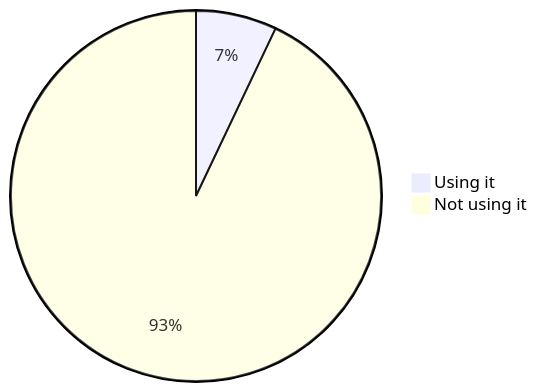
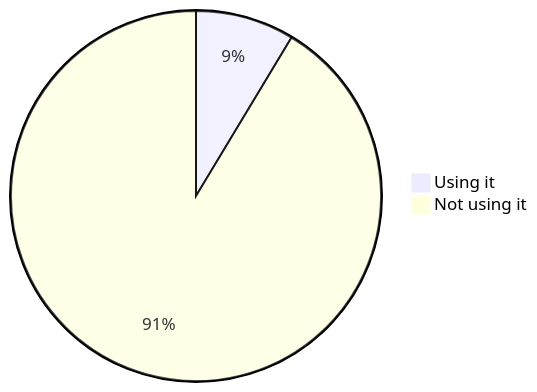
One commit to oshp/oshp-stats changed diagram 13 of 18 in stats.md. Above: the diagram before and after it, drawn with Mermaid. The commit also changed other lines of this file and 1 other file, not shown here.

````diff
--- a/stats.md
+++ b/stats.md
@@ -152,6 +152,6 @@
 ```mermaid
 pie
-	"Using it" : 7.06
-	"Not using it" : 92.94
+	"Using it" : 8.63
+	"Not using it" : 91.37
 
 ```
````
